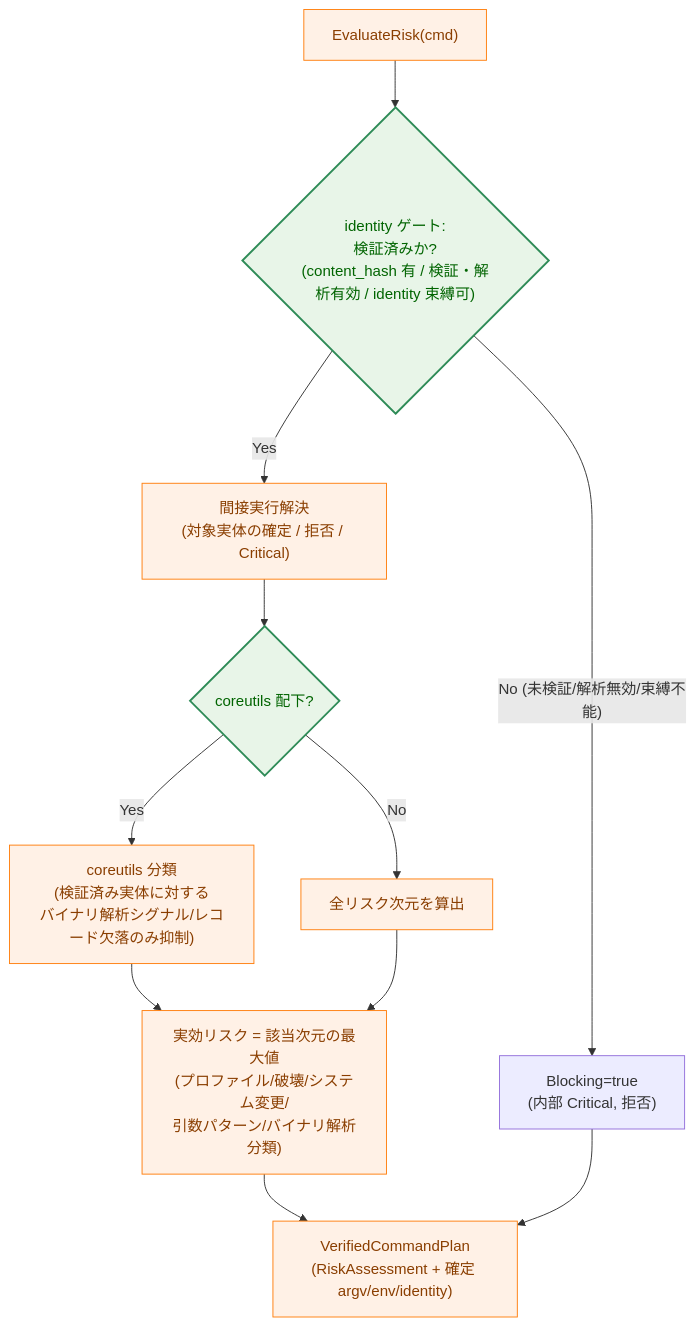
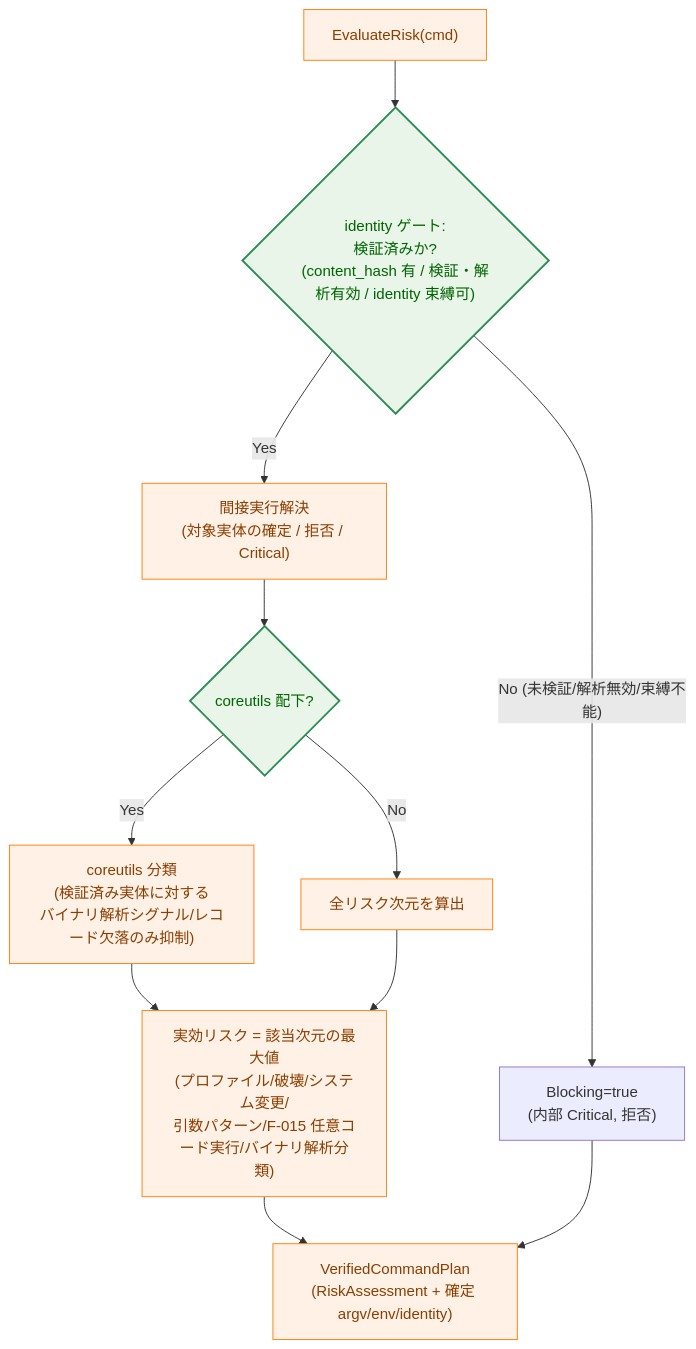
One commit to isseis/go-safe-cmd-runner changed diagram 11 of 12 in docs/tasks/0136_runtime_risk_evaluation_enforcement/02_architecture.md. Above: the diagram before and after it, drawn with Mermaid. The commit also changed other lines of this file and 1 other file, not shown here.

````diff
--- a/docs/tasks/0136_runtime_risk_evaluation_enforcement/02_architecture.md
+++ b/docs/tasks/0136_runtime_risk_evaluation_enforcement/02_architecture.md
@@ -662,19 +688,19 @@
 ```mermaid
 flowchart TD
     classDef process fill:#fff1e6,stroke:#ff7f0e,stroke-width:1px,color:#8a3e00;
     classDef enhanced fill:#e8f5e8,stroke:#2e8b57,stroke-width:2px,color:#006400;
 
     S["EvaluateRisk(cmd)"] --> IDG{"identity ゲート:<br>検証済みか?<br>(content_hash 有 / 検証・解析有効 / identity 束縛可)"}
     IDG -->|"No (未検証/解析無効/束縛不能)"| BLK["Blocking=true<br>(内部 Critical, 拒否)"]
     IDG -->|"Yes"| IR["間接実行解決<br>(対象実体の確定 / 拒否 / Critical)"]
     IR --> CU{"coreutils 配下?"}
     CU -->|"Yes"| CUC["coreutils 分類<br>(検証済み実体に対する<br>バイナリ解析シグナル/レコード欠落のみ抑制)"]
     CU -->|"No"| DIM["全リスク次元を算出"]
     CUC --> MAX
-    DIM --> MAX["実効リスク = 該当次元の最大値<br>(プロファイル/破壊/システム変更/<br>引数パターン/バイナリ解析分類)"]
+    DIM --> MAX["実効リスク = 該当次元の最大値<br>(プロファイル/破壊/システム変更/<br>引数パターン/F-015 任意コード実行/バイナリ解析分類)"]
     MAX --> OUT["VerifiedCommandPlan<br>(RiskAssessment + 確定 argv/env/identity)"]
     BLK --> OUT
 
     class S,IR,CUC,DIM,MAX,OUT process
     class IDG,CU enhanced
 ```
````
